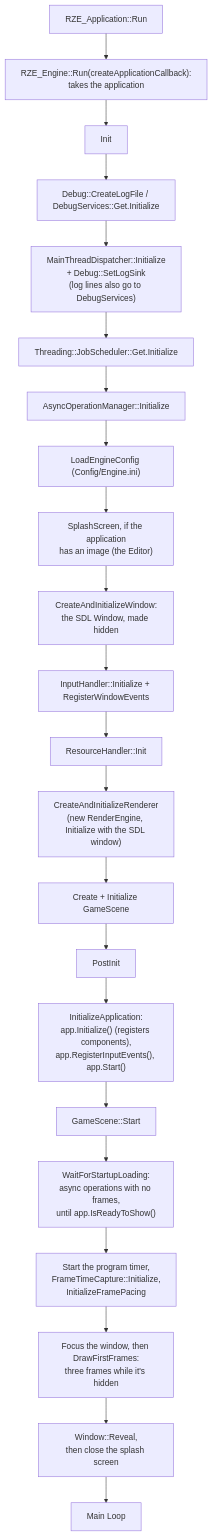
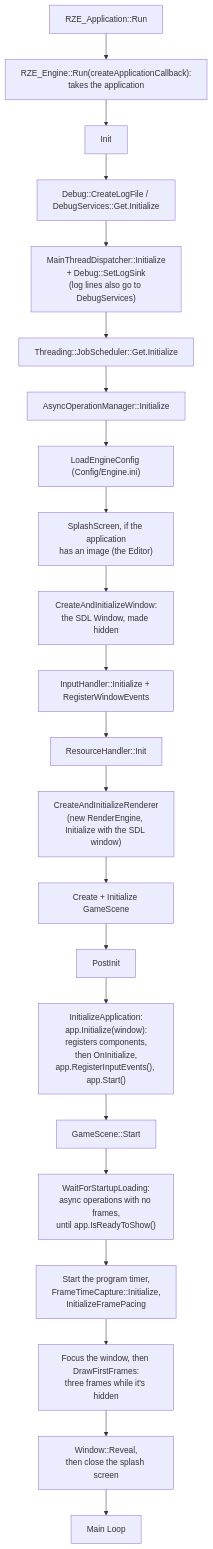
One commit to b1nary0/RZE changed the first of 3 diagrams in Docs/Generated/Engine/02-Architecture/Engine-Startup-And-Frame-Loop.md. Above: the diagram before and after it, drawn with Mermaid. The commit also changed other lines of this file and 18 other files, not shown here.

````diff
--- a/Docs/Generated/Engine/02-Architecture/Engine-Startup-And-Frame-Loop.md
+++ b/Docs/Generated/Engine/02-Architecture/Engine-Startup-And-Frame-Loop.md
@@ -38,25 +38,25 @@
 ```mermaid
 %%{init: {'flowchart': {'subGraphTitleMargin': {'top': 6, 'bottom': 10}}, 'themeCSS': '.labelBkg, .edgeLabel { background-color: var(--background-primary) !important; } .messageText, .labelText, .loopText { paint-order: stroke; stroke: var(--background-primary); stroke-width: 12px; stroke-linejoin: round; }'}}%%
 flowchart TD
     A[RZE_Application::Run] --> B["RZE_Engine::Run(createApplicationCallback):<br/>takes the application"]
     B --> C[Init]
     C --> C1[Debug::CreateLogFile / DebugServices::Get.Initialize]
     C1 --> C1b["MainThreadDispatcher::Initialize<br/>+ Debug::SetLogSink<br/>(log lines also go to DebugServices)"]
     C1b --> C2[Threading::JobScheduler::Get.Initialize]
     C2 --> C2b[AsyncOperationManager::Initialize]
     C2b --> C3["LoadEngineConfig (Config/Engine.ini)"]
     C3 --> C3b["SplashScreen, if the application<br/>has an image (the Editor)"]
     C3b --> C4["CreateAndInitializeWindow:<br/>the SDL Window, made hidden"]
     C4 --> C5[InputHandler::Initialize + RegisterWindowEvents]
     C5 --> C6[ResourceHandler::Init]
     C6 --> C7["CreateAndInitializeRenderer<br/>(new RenderEngine, Initialize with the SDL window)"]
     C7 --> C8[Create + Initialize GameScene]
     C8 --> D[PostInit]
-    D --> D2["InitializeApplication:<br/>app.Initialize() (registers components),<br/>app.RegisterInputEvents(), app.Start()"]
+    D --> D2["InitializeApplication:<br/>app.Initialize(window):<br/>registers components,<br/>then OnInitialize,<br/>app.RegisterInputEvents(), app.Start()"]
     D2 --> D3[GameScene::Start]
     D3 --> W["WaitForStartupLoading:<br/>async operations with no frames,<br/>until app.IsReadyToShow()"]
     W --> F["Start the program timer,<br/>FrameTimeCapture::Initialize,<br/>InitializeFramePacing"]
     F --> G["Focus the window, then DrawFirstFrames:<br/>three frames while it's hidden"]
     G --> R["Window::Reveal,<br/>then close the splash screen"]
     R --> E[Main Loop]
 ```
````
